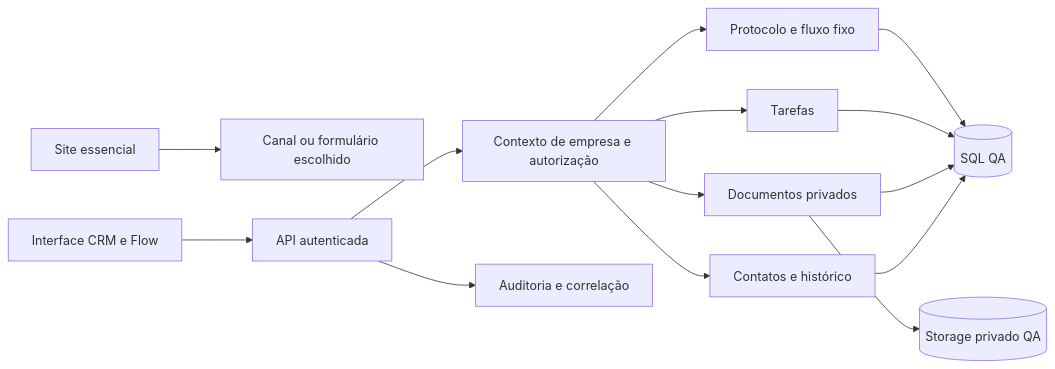
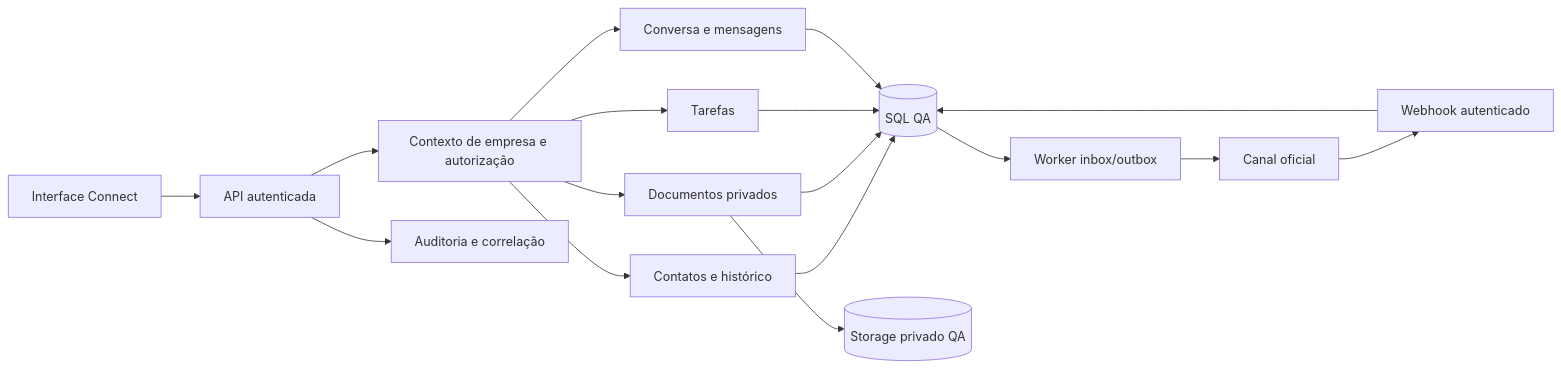
Before and after one commit to 98erickgarcia-maker/ebt-platform: the diagram in docs/arquitetura/ARQUITETURA_E_FRONTEIRAS.md, drawn with Mermaid. The commit also changed other lines of this file and 318 other files, not shown here.

````diff
--- a/docs/arquitetura/ARQUITETURA_E_FRONTEIRAS.md
+++ b/docs/arquitetura/ARQUITETURA_E_FRONTEIRAS.md
@@ -9,16 +9,19 @@
 ```mermaid
 flowchart LR
-  Site[Site essencial] --> Canal[Canal ou formulário escolhido]
-  Web[Interface CRM e Flow] --> Api[API autenticada]
+  Web[Interface Connect] --> Api[API autenticada]
   Api --> Access[Contexto de empresa e autorização]
   Access --> CRM[Contatos e histórico]
   Access --> GED[Documentos privados]
   Access --> Tasks[Tarefas]
-  Access --> Flow[Protocolo e fluxo fixo]
+  Access --> Msg[Conversa e mensagens]
   CRM --> SQL[(SQL QA)]
   GED --> SQL
   Tasks --> SQL
-  Flow --> SQL
+  Msg --> SQL
+  Provider[Canal oficial] --> Hook[Webhook autenticado]
+  Hook --> SQL
+  SQL --> Worker[Worker inbox/outbox]
+  Worker --> Provider
   GED --> Storage[(Storage privado QA)]
   Api --> Audit[Auditoria e correlação]
 ```
````
